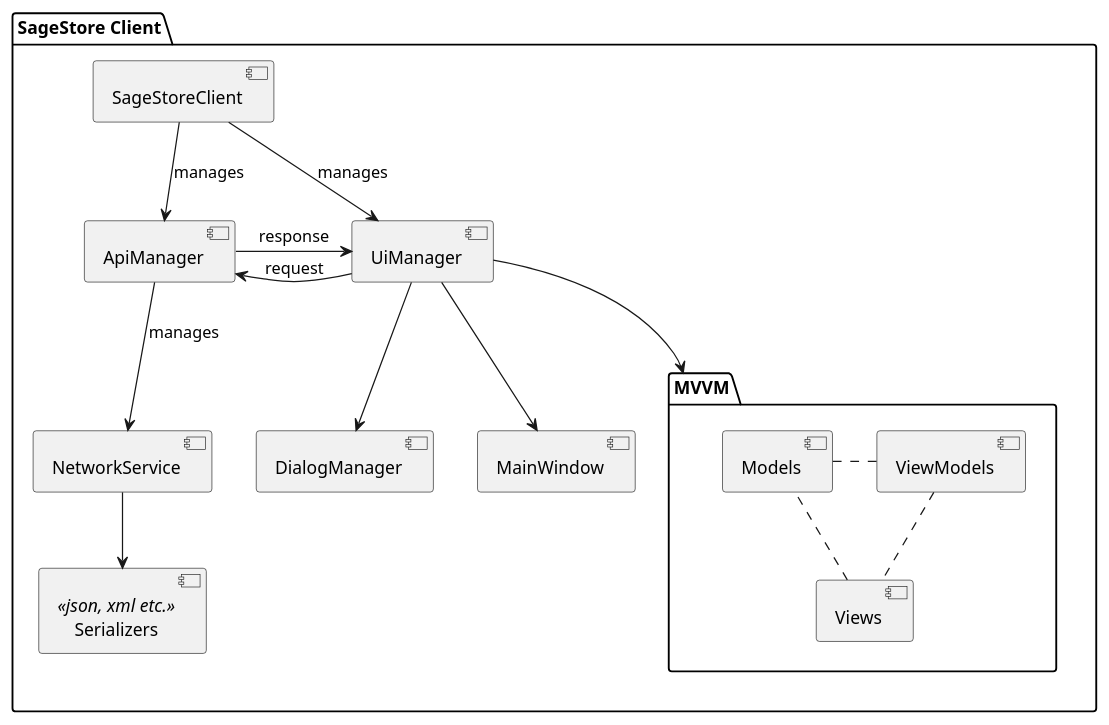
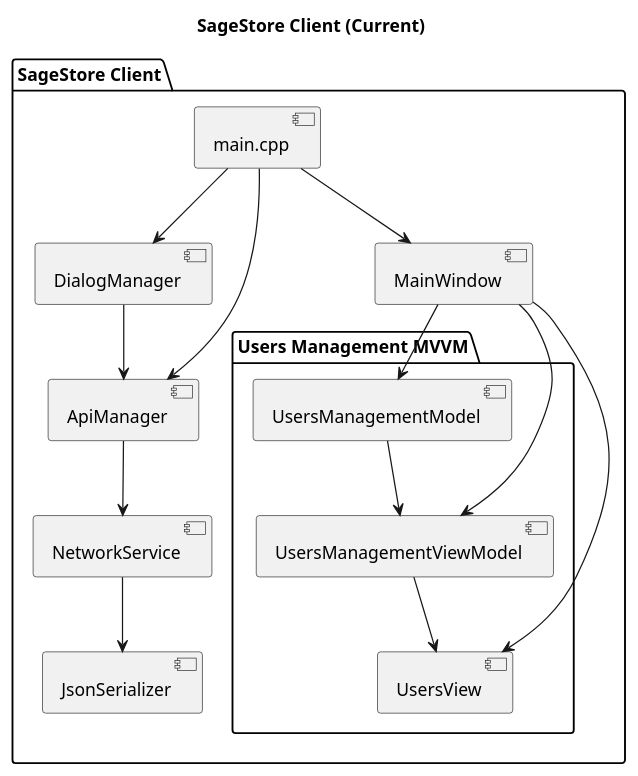
Before and after one commit to Sage-Cat/SageStore: the diagram in docs/client/plantuml/Client_Design.puml, drawn with PlantUML. The commit also changed 15 other files, not shown here.

Commit message:
docs: align architecture docs and status with implemented baseline

```diff
--- a/docs/client/plantuml/Client_Design.puml
+++ b/docs/client/plantuml/Client_Design.puml
@@ -1,38 +1,36 @@
 @startuml
 skinparam componentStyle uml2
 
+title SageStore Client (Current)
+
 package "SageStore Client" {
-    [SageStoreClient] as SSC
-    [UiManager] as UIM
-    [ApiManager] as AC
-    [NetworkService] as NS
-    [Serializers] <<json, xml etc.>>
-    [DialogManager] as DM 
+    [main.cpp] as MAIN
+    [DialogManager] as DM
     [MainWindow] as MW
 
-    package "MVVM" {
-        [Models] as M
-        [ViewModels]as VM
-        [Views] as V
+    package "Users Management MVVM" {
+        [UsersManagementModel] as UMM
+        [UsersManagementViewModel] as UMVM
+        [UsersView] as UV
 
-        M . VM
-        VM .. V 
-        V . M
+        UMM --> UMVM
+        UMVM --> UV
     }
 
-    SSC -down-> UIM : manages
-    SSC -down-> AC : manages
+    [ApiManager] as API
+    [NetworkService] as NET
+    [JsonSerializer] as JSON
 
-    AC -down-> NS : manages
-    AC <- UIM : request
-    AC -> UIM : response
+    MAIN --> DM
+    MAIN --> MW
+    MAIN --> API
+    API --> NET
+    NET --> JSON
 
-    UIM -down-> MVVM  
-    UIM -down-> MW 
-    UIM -down-> DM 
-    DM -[hidden]left-> MVVM 
-
-    NS -down-> [Serializers] 
+    MW --> UMM
+    MW --> UMVM
+    MW --> UV
+    DM --> API
 }
 
 @enduml
```
